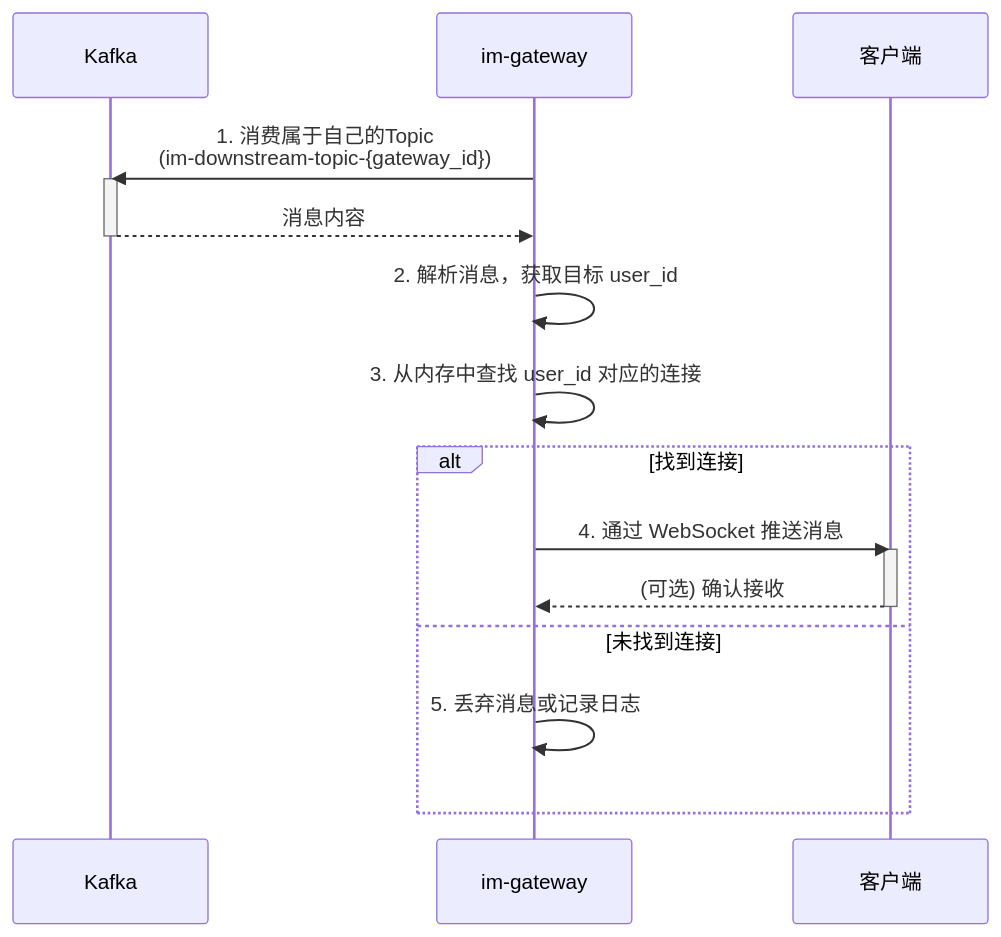
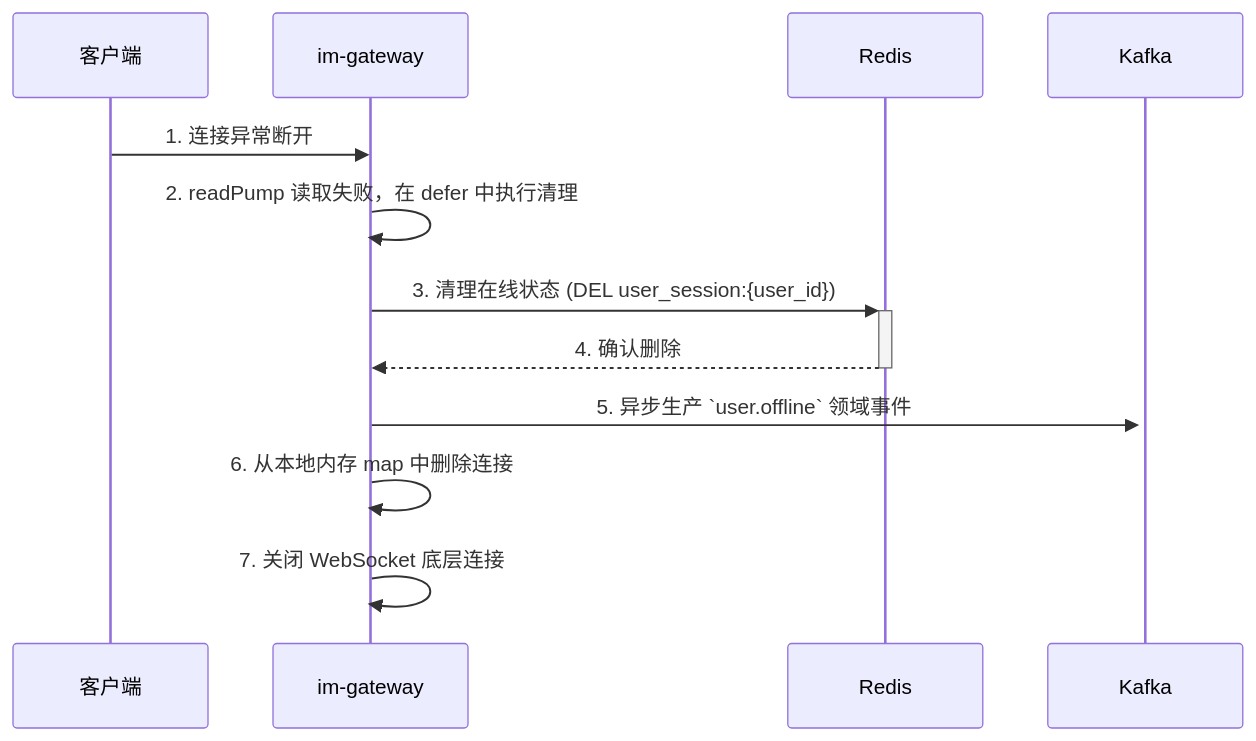
One commit to ceyewan/gochat changed the fifth of 5 diagrams in docs/05_services/im-gateway.md. Above: the diagram before and after it, drawn with Mermaid. The commit also changed other lines of this file and 23 other files, not shown here.

````diff
--- a/docs/05_services/im-gateway.md
+++ b/docs/05_services/im-gateway.md
@@ -58,24 +180,15 @@
 ```mermaid
 sequenceDiagram
+    participant Client as 客户端
+    participant Gateway as im-gateway
+    participant Redis as Redis
     participant Kafka as Kafka
-    participant Gateway as im-gateway
-    participant Client as 客户端
 
-    Gateway->>Kafka: 1. 消费属于自己的Topic<br>(im-downstream-topic-{gateway_id})
-    activate Kafka
-
-    Kafka-->>Gateway: 消息内容
-    deactivate Kafka
-
-    Gateway->>Gateway: 2. 解析消息，获取目标 user_id
-    Gateway->>Gateway: 3. 从内存中查找 user_id 对应的连接
-
-    alt 找到连接
-        Gateway->>Client: 4. 通过 WebSocket 推送消息
-        activate Client
-        Client-->>Gateway: (可选) 确认接收
-        deactivate Client
-    else 未找到连接
-        Gateway->>Gateway: 5. 丢弃消息或记录日志
-    end
+    Client->>Gateway: 1. 连接异常断开
+    Gateway->>Gateway: 2. readPump 读取失败，在 defer 中执行清理
+    Gateway->>+Redis: 3. 清理在线状态 (DEL user_session:{user_id})
+    Redis-->>-Gateway: 4. 确认删除
+    Gateway->>+Kafka: 5. 异步生产 `user.offline` 领域事件
+    Gateway->>Gateway: 6. 从本地内存 map 中删除连接
+    Gateway->>Gateway: 7. 关闭 WebSocket 底层连接
 ```
````
